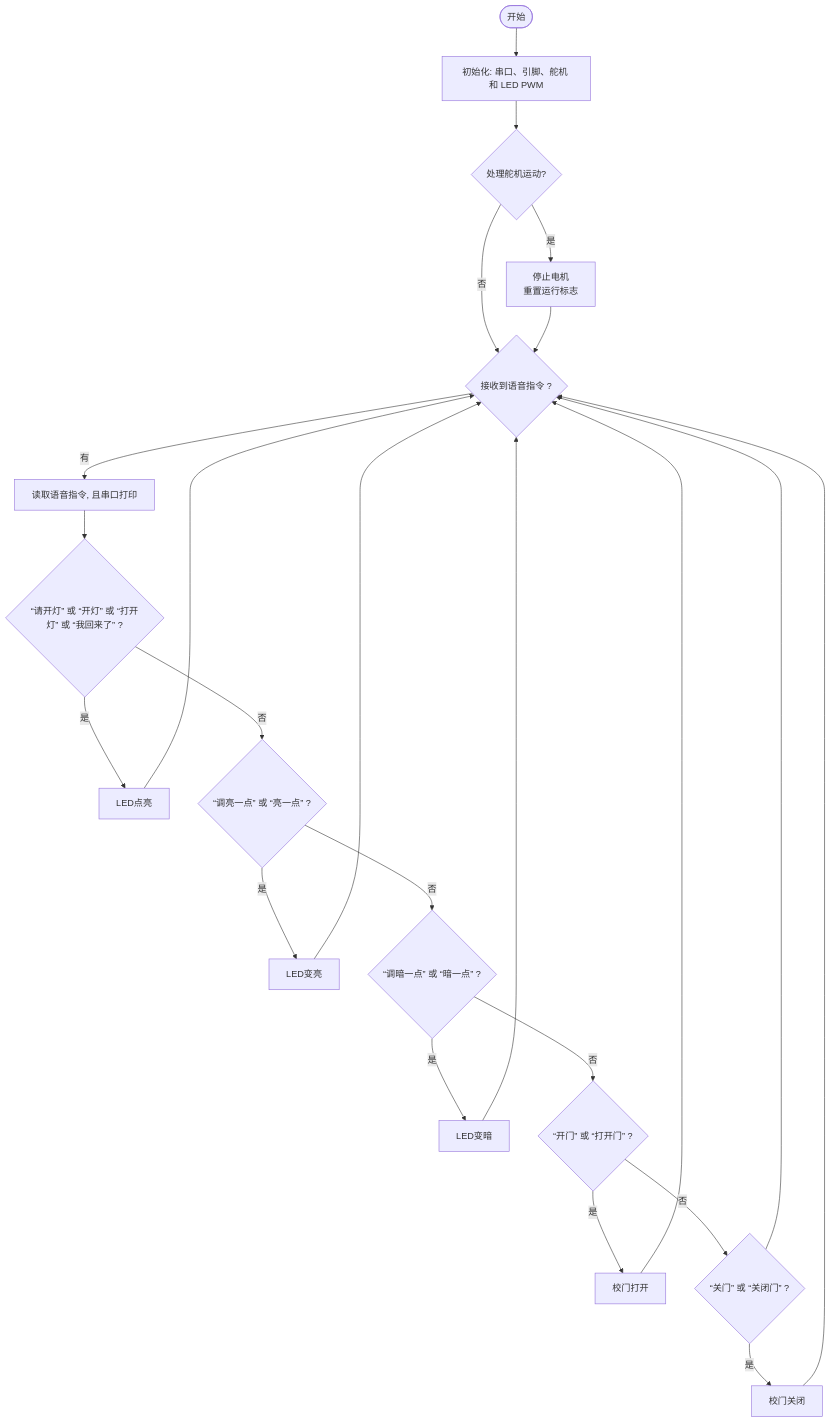
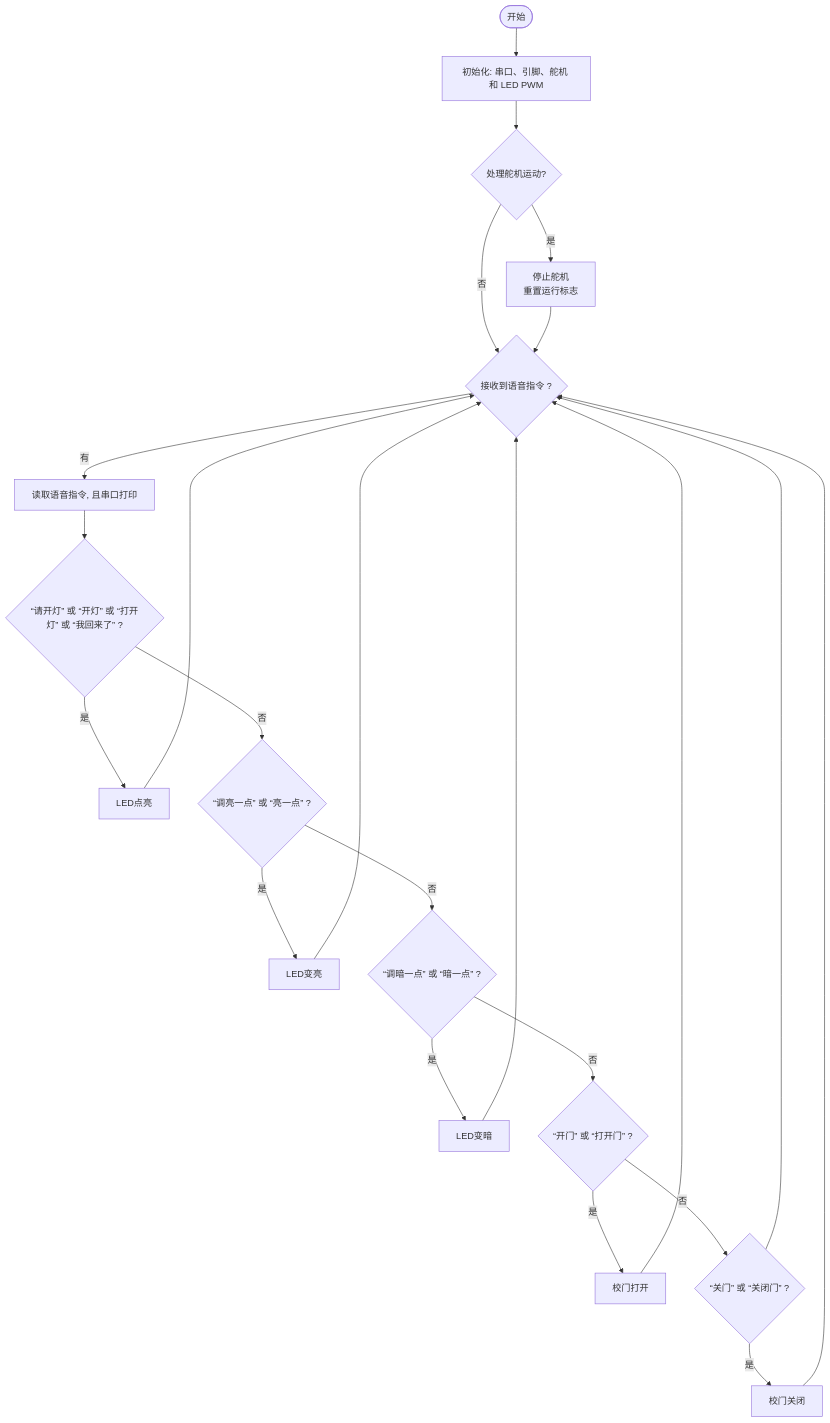
Before and after one commit to keyeswiki/KE3107-ESP32: the diagram in docs/4. Arduino教程/4.3 课程/课程11.md, drawn with Mermaid. The commit also changed other lines of this file and 1255 other files, not shown here.

````diff
--- a/docs/4. Arduino教程/4.3 课程/课程11.md
+++ b/docs/4. Arduino教程/4.3 课程/课程11.md
@@ -11,30 +11,30 @@
 ```mermaid
 flowchart TD
     A([开始]) --> B[初始化: 串口、引脚、舵机 和 LED PWM]
     
     B --> C{处理舵机运动?}
-    C -->|是| D[停止电机<br/>重置运行标志]
+    C -->|是| D[停止舵机<br/>重置运行标志]
     C -->|否| E{接收到语音指令 ?}
     D --> E
 
     E -->|有| F[读取语音指令, 且串口打印]
     F --> H{“请开灯” 或 “开灯” 或 “打开灯” 或 “我回来了” ?}
 
     H -->|是| I[LED点亮]
     H -->|否| J{“调亮一点” 或 “亮一点” ?}
     J -->|是| K[LED变亮]
     J -->|否| L{“调暗一点” 或 “暗一点” ?}
 
     L --> |是| M[LED变暗]
     L --> |否| N{“开门” 或 “打开门” ?}
     N --> |是| O[校门打开]
     N --> |否| P{“关门” 或 “关闭门” ?}
     P --> |是| Q[校门关闭]
     
     I --> E
     K --> E
     M --> E
     O --> E
     P --> E
     Q --> E
 ```
````
